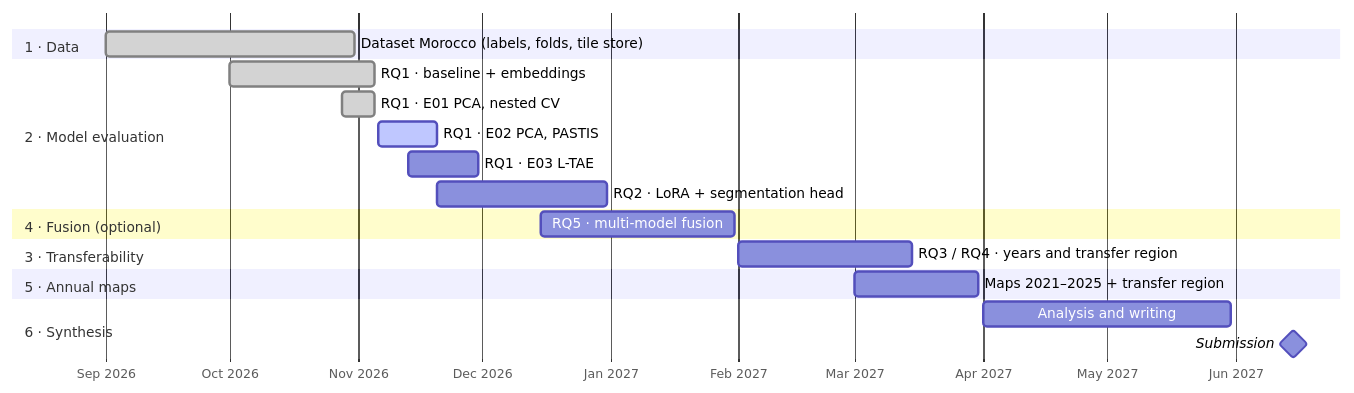
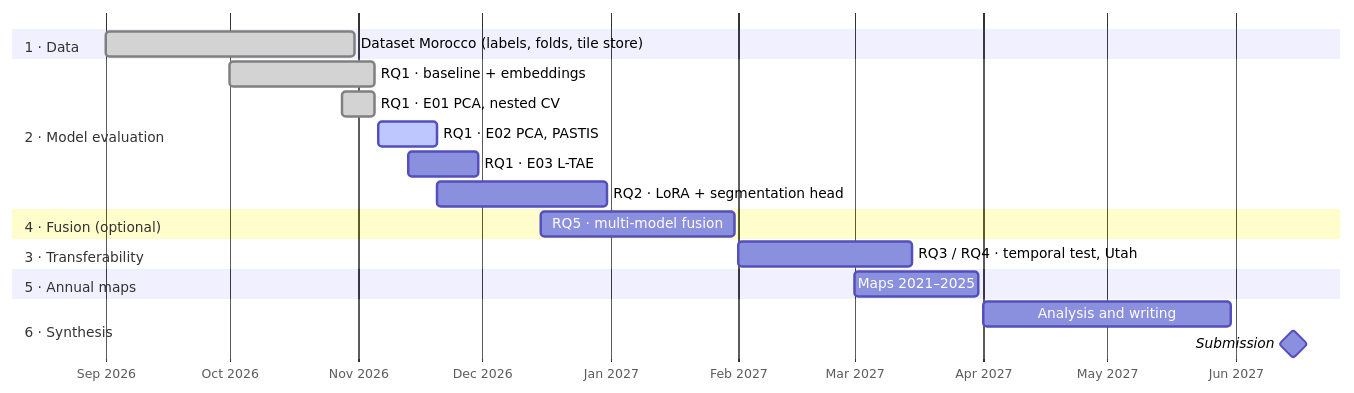
One commit to amanchry/irrimapping-geofm changed the diagram in docs/progress_report.md. Above: the diagram before and after it, drawn with Mermaid. The commit also changed other lines of this file and 60 other files, not shown here.

````diff
--- a/docs/progress_report.md
+++ b/docs/progress_report.md
@@ -20,22 +20,22 @@
 ```mermaid
 gantt
     dateFormat  YYYY-MM-DD
     axisFormat  %b %Y
     section 1 · Data
     Dataset Morocco (labels, folds, tile store) :done,   d1, 2026-09-01, 2026-10-31
     section 2 · Model evaluation
     RQ1 · baseline + embeddings                 :done,   r1, 2026-10-01, 2026-11-05
     RQ1 · E01 PCA, nested CV                    :done,   r2, 2026-10-28, 2026-11-05
     RQ1 · E02 PCA, PASTIS                       :active, r3, 2026-11-06, 2026-11-20
     RQ1 · E03 L-TAE                             :        r4, 2026-11-13, 2026-11-30
     RQ2 · LoRA + segmentation head              :        f1, 2026-11-20, 2026-12-31
     section 4 · Fusion (optional)
     RQ5 · multi-model fusion                    :        u1, 2026-12-15, 2027-01-31
     section 3 · Transferability
-    RQ3 / RQ4 · years and transfer region       :        t1, 2027-02-01, 2027-03-15
+    RQ3 / RQ4 · temporal test, Utah             :        t1, 2027-02-01, 2027-03-15
     section 5 · Annual maps
-    Maps 2021–2025 + transfer region            :        m1, 2027-03-01, 2027-03-31
+    Maps 2021–2025                              :        m1, 2027-03-01, 2027-03-31
     section 6 · Synthesis
     Analysis and writing                        :        w1, 2027-04-01, 2027-05-31
     Submission                                  :milestone, w2, 2027-06-15, 0d
 ```
````
